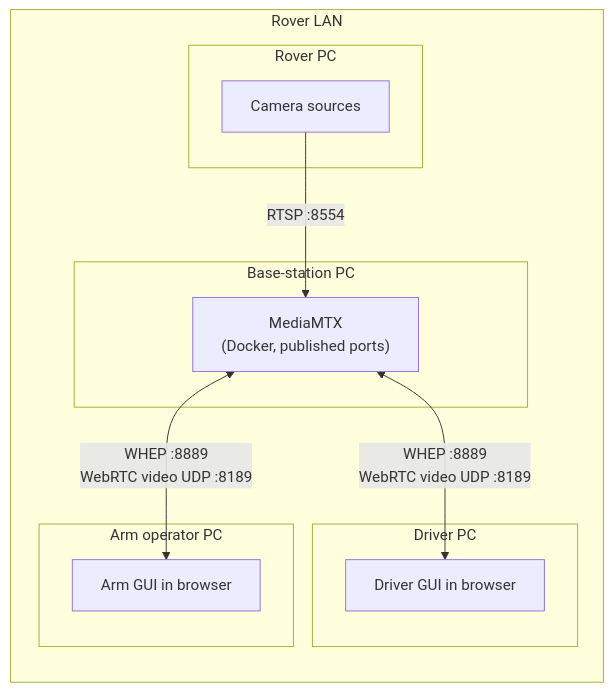
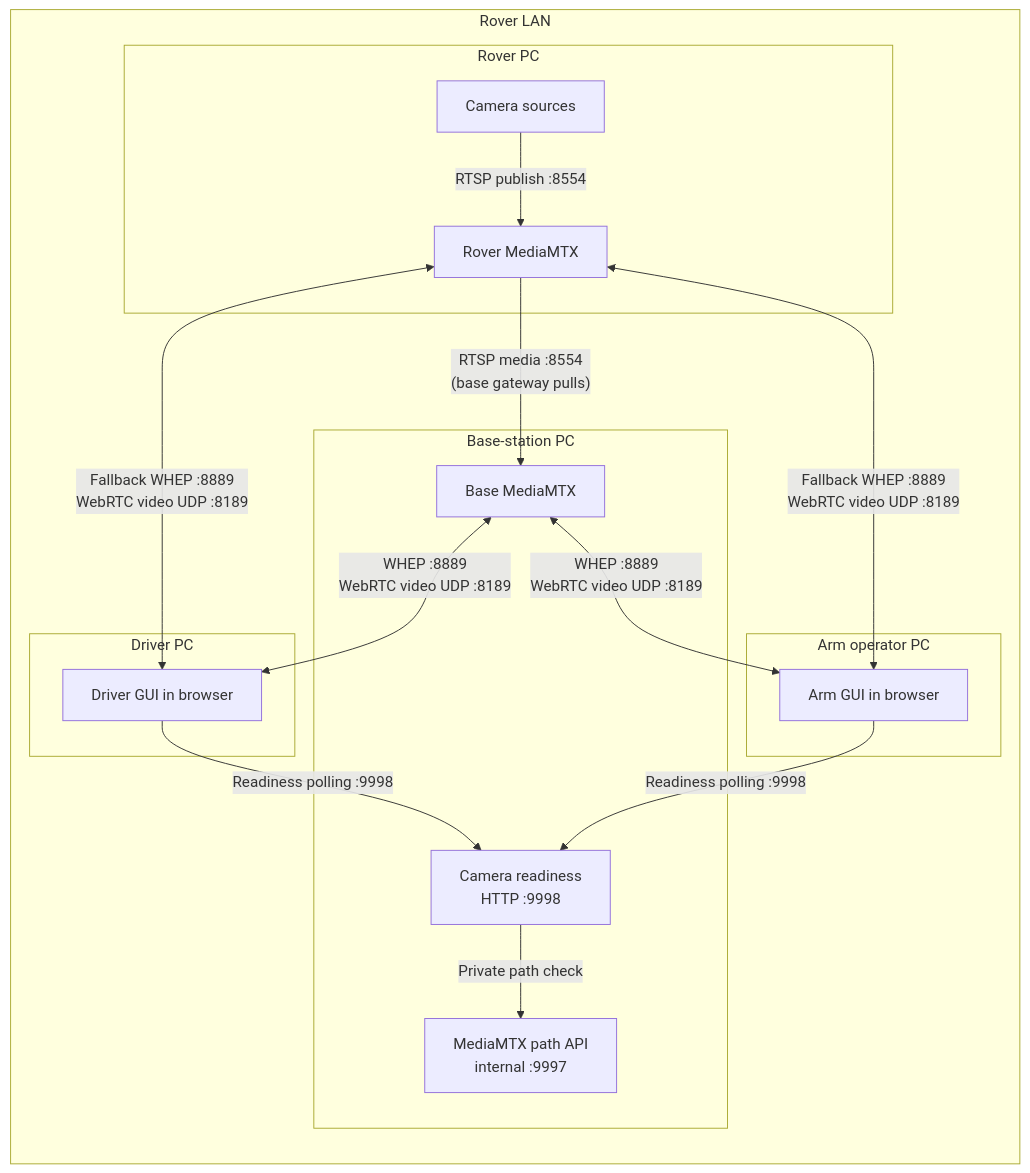
One commit to deakin-robotics/Chasmata-2027 changed the second of 2 diagrams in basestation/docs/networking.md. Above: the diagram before and after it, drawn with Mermaid. The commit also changed other lines of this file and 25 other files, not shown here.

Commit message:
Add rover MediaMTX fallback for base-station camera outages

````diff
--- a/basestation/docs/networking.md
+++ b/basestation/docs/networking.md
@@ -45,24 +45,33 @@
 ```mermaid
 flowchart LR
     subgraph lan["Rover LAN"]
         subgraph roverPC["Rover PC"]
             cameras["Camera sources"]
+            roverMedia["Rover MediaMTX"]
         end
 
         subgraph basePC["Base-station PC"]
-            media["MediaMTX\n(Docker, published ports)"]
+            media["Base MediaMTX"]
+            health["Camera readiness\nHTTP :9998"]
+            api["MediaMTX path API\ninternal :9997"]
+            health -->|"Private path check"| api
         end
 
         subgraph driverPC["Driver PC"]
             driver["Driver GUI in browser"]
         end
 
         subgraph armPC["Arm operator PC"]
             arm["Arm GUI in browser"]
         end
 
-        cameras -->|"RTSP :8554"| media
+        cameras -->|"RTSP publish :8554"| roverMedia
+        roverMedia -->|"RTSP media :8554\n(base gateway pulls)"| media
         media <-->|"WHEP :8889\nWebRTC video UDP :8189"| driver
         media <-->|"WHEP :8889\nWebRTC video UDP :8189"| arm
+        roverMedia <-->|"Fallback WHEP :8889\nWebRTC video UDP :8189"| driver
+        roverMedia <-->|"Fallback WHEP :8889\nWebRTC video UDP :8189"| arm
+        driver -->|"Readiness polling :9998"| health
+        arm -->|"Readiness polling :9998"| health
     end
 ```
````
